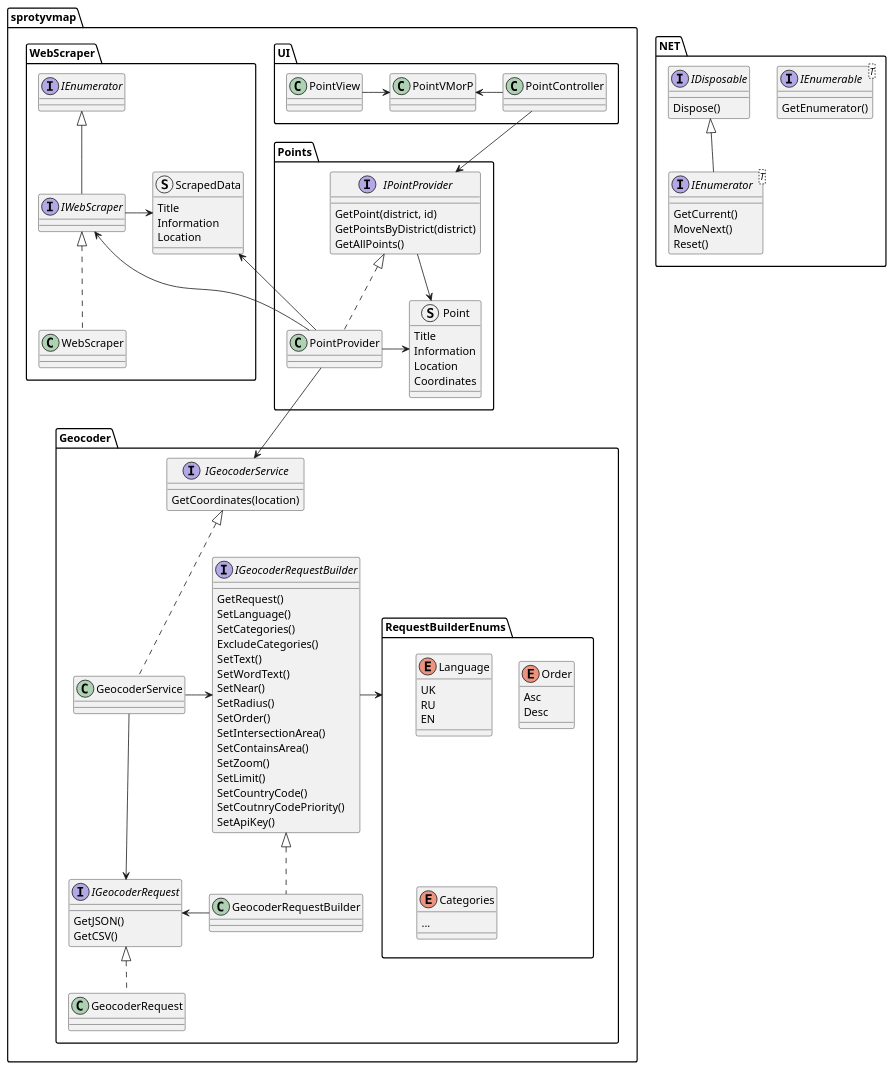
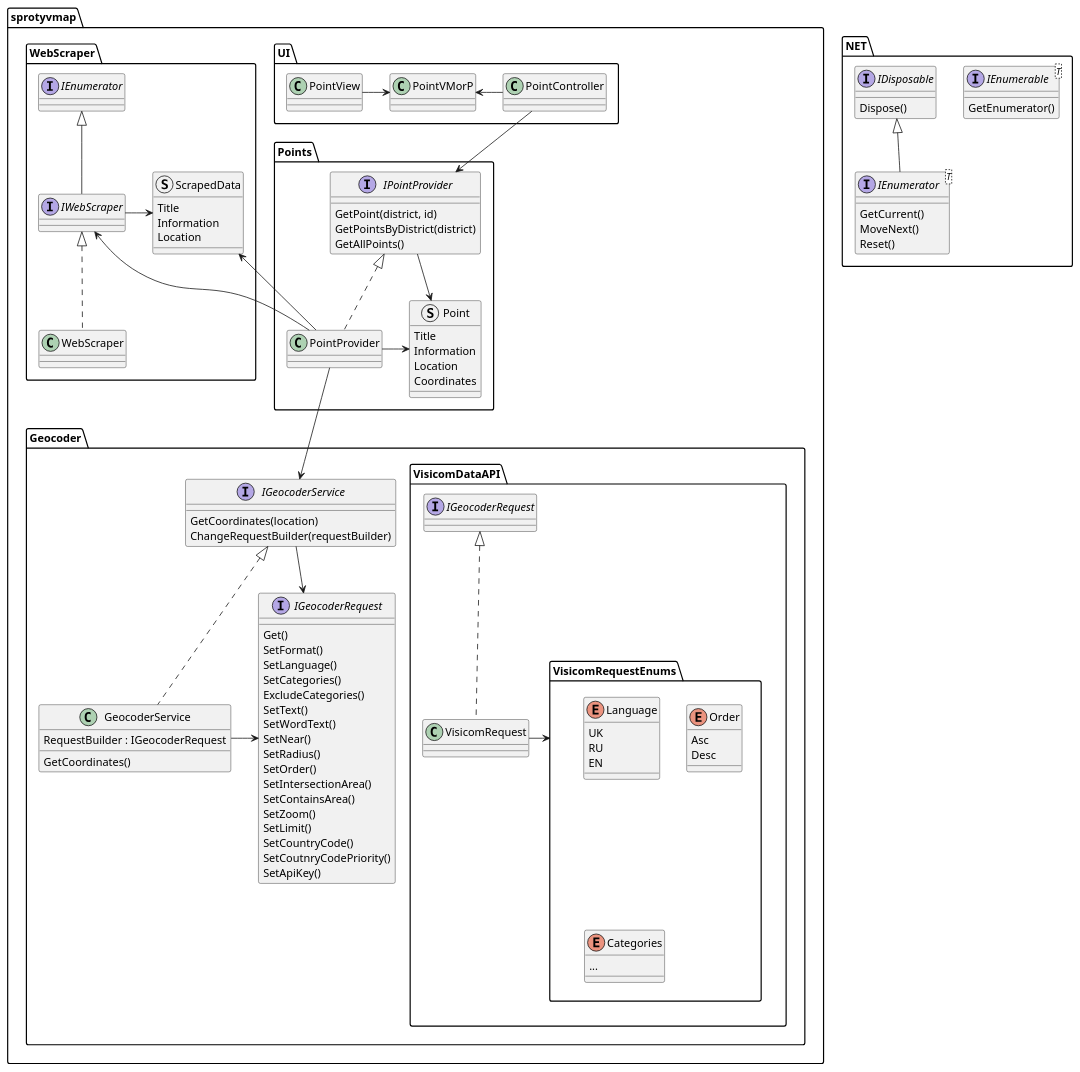
The diagram in docs/sprotyvmap.puml (WhatTheTea/sprotyvmap), drawn with PlantUML before and after one commit.

Commit message:
Updated project design in puml

```diff
--- a/docs/sprotyvmap.puml
+++ b/docs/sprotyvmap.puml
@@ -1,108 +1,113 @@
 @startuml sprotyvmap
-package sprotyvmap.Points
+package sprotyvmap
 {
-    interface IPointProvider {
-        GetPoint(district, id)
-        GetPointsByDistrict(district)
-        GetAllPoints()
+    package Points
+    {
+        interface IPointProvider {
+            GetPoint(district, id)
+            GetPointsByDistrict(district)
+            GetAllPoints()
+        }
+        struct Point {
+            {field} Title
+            Information
+            Location
+            Coordinates
+        }
+        IPointProvider -> Point
+        class PointProvider implements IPointProvider
+        PointProvider -> Point
     }
-    struct Point {
-        {field} Title
-        Information
-        Location
-        Coordinates
+    package UI
+    {
+        PointController --> IPointProvider
+        PointVMorP <- PointController
+        PointView -> PointVMorP
     }
-    IPointProvider -> Point
-    class PointProvider implements IPointProvider
-    PointProvider -> Point
-}
-package sprotyvmap.UI
-{
-    PointController --> IPointProvider
-    PointVMorP <- PointController
-    PointView -> PointVMorP
-}
-package .NET
-{
-    interface IEnumerable<T>
+    package .NET
     {
-        GetEnumerator()
+        interface IEnumerable<T>
+        {
+            GetEnumerator()
+        }
+        interface IEnumerator<T> implements IDisposable
+        {
+            GetCurrent()
+            MoveNext()
+            Reset()
+        }
+        interface IDisposable {
+            Dispose()
+        }
     }
-    interface IEnumerator<T> implements IDisposable
+    package WebScraper
     {
-        GetCurrent()
-        MoveNext()
-        Reset()
+        struct ScrapedData {
+            {field}Title
+            Information
+            Location
+        }
+        ScrapedData <-- PointProvider
+        IWebScraper <- PointProvider
+        IWebScraper -> ScrapedData
+        interface IWebScraper implements IEnumerator
+        class WebScraper implements IWebScraper
     }
-    interface IDisposable {
-        Dispose()
+
+    package Geocoder
+    {
+        interface IGeocoderService {
+            GetCoordinates(location)
+            ChangeRequestBuilder(requestBuilder)
+        }
+        IGeocoderService -> IGeocoderRequest
+        interface IGeocoderRequest {
+            Get()
+            SetFormat()
+            SetLanguage()
+            SetCategories()
+            ExcludeCategories()
+            SetText()
+            SetWordText()
+            SetNear()
+            SetRadius()
+            SetOrder()
+            SetIntersectionArea()
+            SetContainsArea()
+            SetZoom()
+            SetLimit()
+            SetCountryCode()
+            SetCoutnryCodePriority()
+            SetApiKey()
+        }
+        class GeocoderService implements IGeocoderService{
+            RequestBuilder : IGeocoderRequest
+            GetCoordinates()
+        }
+        GeocoderService -> IGeocoderRequest
+        PointProvider -down-> IGeocoderService
+        package VisicomDataAPI {
+
+            package VisicomRequestEnums {
+                enum Language {
+                    UK
+                    RU
+                    EN
+                }
+                enum Order {
+                    Asc
+                    Desc
+                }
+                enum Categories {
+                    ...
+                }
+            }
+            class VisicomRequest implements IGeocoderRequest{
+
+            }
+            VisicomRequest -> VisicomRequestEnums
+        }
     }
 }
-package sprotyvmap.WebScraper
-{
-    struct ScrapedData {
-        {field}Title
-        Information
-        Location
-    }
-    ScrapedData <-- PointProvider
-    IWebScraper <- PointProvider
-    IWebScraper -> ScrapedData
-    interface IWebScraper implements IEnumerator
-    class WebScraper implements IWebScraper
-}
 
-package sprotyvmap.Geocoder
-{
-    interface IGeocoderService {
-        GetCoordinates(location)
-    }
-    interface IGeocoderRequestBuilder {
-        GetRequest()
-        SetLanguage()
-        SetCategories()
-        ExcludeCategories()
-        SetText()
-        SetWordText()
-        SetNear()
-        SetRadius()
-        SetOrder()
-        SetIntersectionArea()
-        SetContainsArea()
-        SetZoom()
-        SetLimit()
-        SetCountryCode()
-        SetCoutnryCodePriority()
-        SetApiKey()
-    }
-    interface IGeocoderRequest {
-        GetJSON()
-        GetCSV()
-    }
-    package RequestBuilderEnums {
-        enum Language
-        {
-            UK
-            RU
-            EN
-        }
-        enum Order
-        {
-            Asc
-            Desc
-        }
-        enum Categories
-        {
-            ...
-        }
-    }
-    RequestBuilderEnums <- IGeocoderRequestBuilder
-    PointProvider -down-> IGeocoderService 
-    class GeocoderService implements IGeocoderService 
-    GeocoderService -> IGeocoderRequestBuilder
-    GeocoderService -> IGeocoderRequest 
-    class GeocoderRequestBuilder implements IGeocoderRequestBuilder
-    GeocoderRequestBuilder -> IGeocoderRequest
-    class GeocoderRequest implements IGeocoderRequest
-}
 @enduml
```
